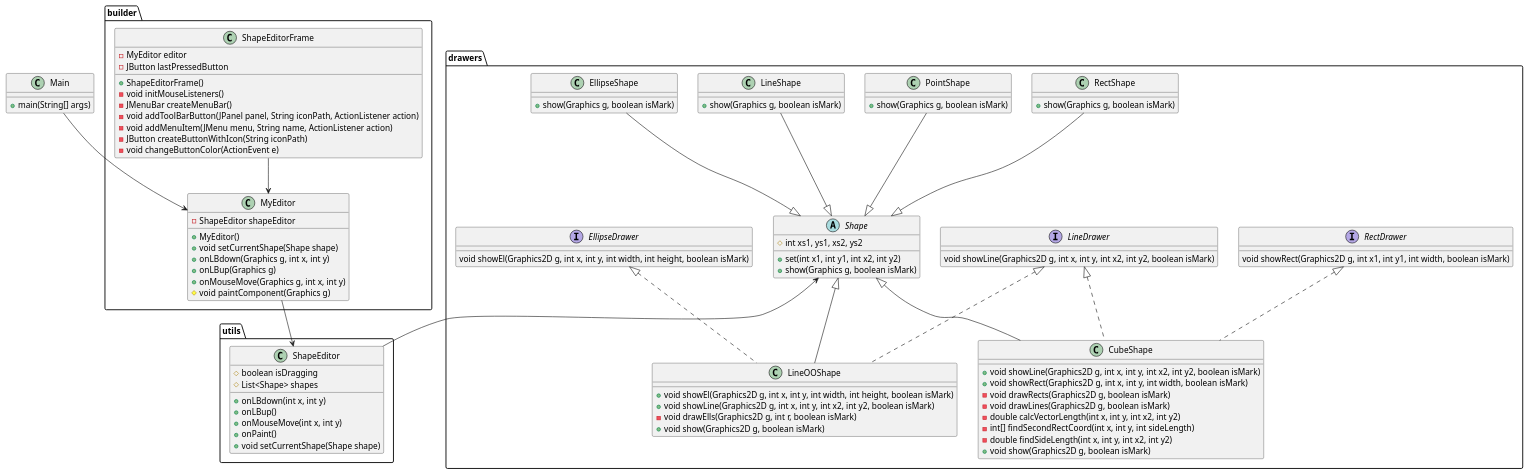
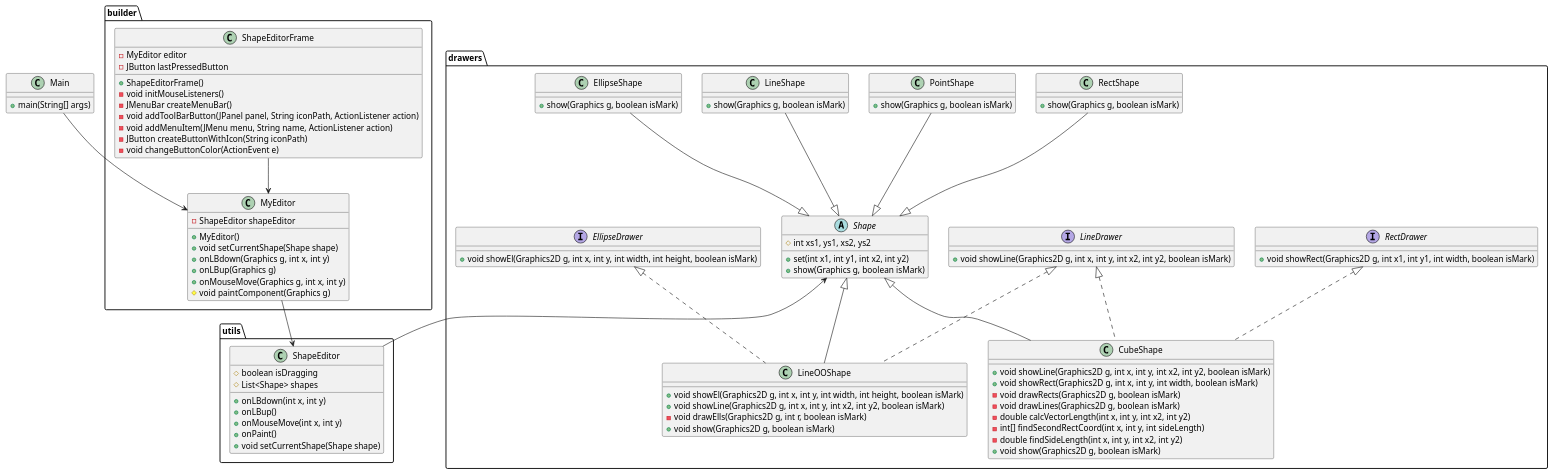
One commit to DmytroHalai/lab5_oop changed the diagram in src/diagram.puml. Above: the diagram before and after it, drawn with PlantUML. The commit also changed 19 other files, not shown here.

```diff
--- a/src/diagram.puml
+++ b/src/diagram.puml
@@ -1,107 +1,107 @@
 @startuml
 
 package utils {
     class ShapeEditor{
         #boolean isDragging
         #List<Shape> shapes
         +onLBdown(int x, int y)
         +onLBup()
         +onMouseMove(int x, int y)
         +onPaint()
         +void setCurrentShape(Shape shape)
     }
 }
 
 package builder {
     class ShapeEditorFrame {
         -MyEditor editor
         -JButton lastPressedButton
         +ShapeEditorFrame()
         -void initMouseListeners()
         -JMenuBar createMenuBar()
         -void addToolBarButton(JPanel panel, String iconPath, ActionListener action)
         -void addMenuItem(JMenu menu, String name, ActionListener action)
         -JButton createButtonWithIcon(String iconPath)
         -void changeButtonColor(ActionEvent e)
     }
 
     class MyEditor {
         -ShapeEditor shapeEditor
         +MyEditor()
         +void setCurrentShape(Shape shape)
         +onLBdown(Graphics g, int x, int y)
         +onLBup(Graphics g)
         +onMouseMove(Graphics g, int x, int y)
         #void paintComponent(Graphics g)
     }
 
 }
 
 package drawers {
     abstract class Shape {
         #int xs1, ys1, xs2, ys2
         +set(int x1, int y1, int x2, int y2)
         +show(Graphics g, boolean isMark)
     }
 
     Shape <|-u- EllipseShape
     Shape <|-u- LineShape
     Shape <|-u- PointShape
     Shape <|-u- RectShape
 
     class EllipseShape {
         +show(Graphics g, boolean isMark)
     }
 
     class LineShape {
         +show(Graphics g, boolean isMark)
     }
 
     class PointShape {
         +show(Graphics g, boolean isMark)
     }
 
     class RectShape {
         +show(Graphics g, boolean isMark)
     }
 
     class CubeShape extends Shape implements LineDrawer, RectDrawer {
         +void showLine(Graphics2D g, int x, int y, int x2, int y2, boolean isMark)
         +void showRect(Graphics2D g, int x, int y, int width, boolean isMark)
         -void drawRects(Graphics2D g, boolean isMark)
         -void drawLines(Graphics2D g, boolean isMark)
         -double calcVectorLength(int x, int y, int x2, int y2)
         -int[] findSecondRectCoord(int x, int y, int sideLength)
         -double findSideLength(int x, int y, int x2, int y2)
         +void show(Graphics2D g, boolean isMark)
     }
 
     interface EllipseDrawer {
-        void showEl(Graphics2D g, int x, int y, int width, int height, boolean isMark)
+        +void showEl(Graphics2D g, int x, int y, int width, int height, boolean isMark)
     }
 
     interface LineDrawer {
-        void showLine(Graphics2D g, int x, int y, int x2, int y2, boolean isMark)
+        +void showLine(Graphics2D g, int x, int y, int x2, int y2, boolean isMark)
     }
 
     class LineOOShape extends Shape implements EllipseDrawer, LineDrawer {
         +void showEl(Graphics2D g, int x, int y, int width, int height, boolean isMark)
         +void showLine(Graphics2D g, int x, int y, int x2, int y2, boolean isMark)
         -void drawElls(Graphics2D g, int r, boolean isMark)
         +void show(Graphics2D g, boolean isMark)
     }
 
     interface RectDrawer {
-        void showRect(Graphics2D g, int x1, int y1, int width, boolean isMark)
+        +void showRect(Graphics2D g, int x1, int y1, int width, boolean isMark)
     }
 }
 
 class Main {
     +main(String[] args)
 }
 
 Main --> MyEditor
 ShapeEditorFrame --> MyEditor
 MyEditor --> ShapeEditor
 Shape <-- ShapeEditor
 @enduml
```
